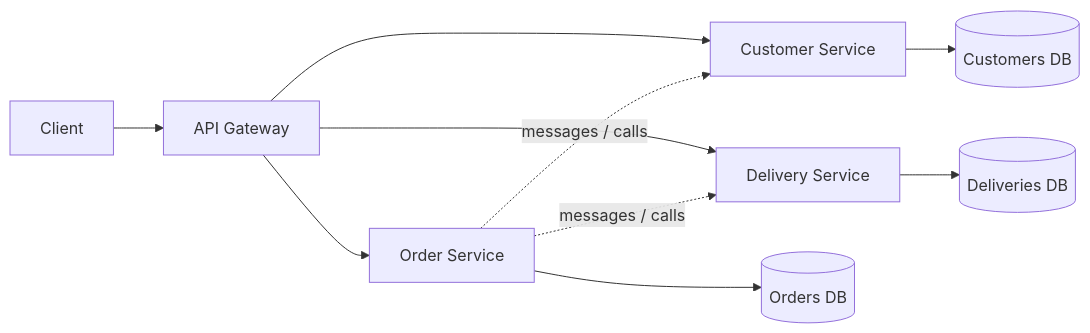
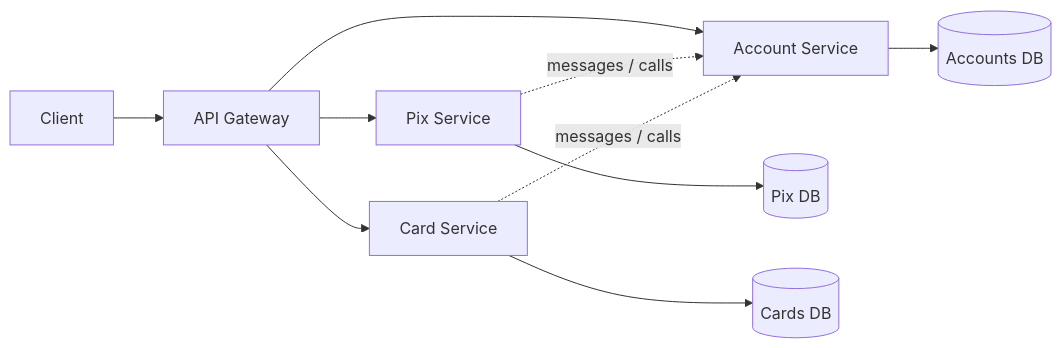
The diagram in i18n/en/docusaurus-plugin-content-docs/current/architecture/microservices/architectural-style/microservice-architecture.md (alancesar/design-patterns), drawn with Mermaid before and after one commit. The commit also changed other lines of this file and 27 other files, not shown here.

Commit message:
Switch microservices concrete diagrams to fintech scenarios

````diff
--- a/i18n/en/docusaurus-plugin-content-docs/current/architecture/microservices/architectural-style/microservice-architecture.md
+++ b/i18n/en/docusaurus-plugin-content-docs/current/architecture/microservices/architectural-style/microservice-architecture.md
@@ -59,12 +59,12 @@
 ```mermaid
 flowchart LR
     C[Client] --> GW[API Gateway]
-    GW --> S1[Order Service]
-    GW --> S2[Customer Service]
-    GW --> S3[Delivery Service]
-    S1 --> DB1[(Orders DB)]
-    S2 --> DB2[(Customers DB)]
-    S3 --> DB3[(Deliveries DB)]
-    S1 -. "messages / calls" .-> S2
-    S1 -. "messages / calls" .-> S3
+    GW --> S1[Account Service]
+    GW --> S2[Pix Service]
+    GW --> S3[Card Service]
+    S1 --> DB1[(Accounts DB)]
+    S2 --> DB2[(Pix DB)]
+    S3 --> DB3[(Cards DB)]
+    S2 -. "messages / calls" .-> S1
+    S3 -. "messages / calls" .-> S1
 ```
````
